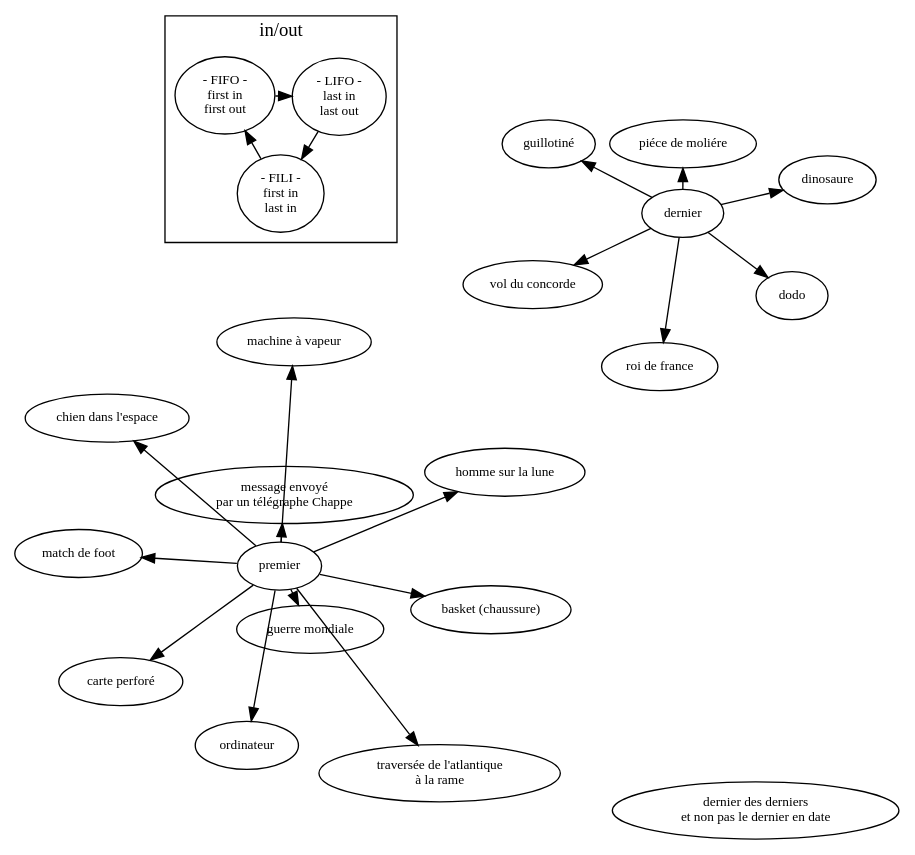
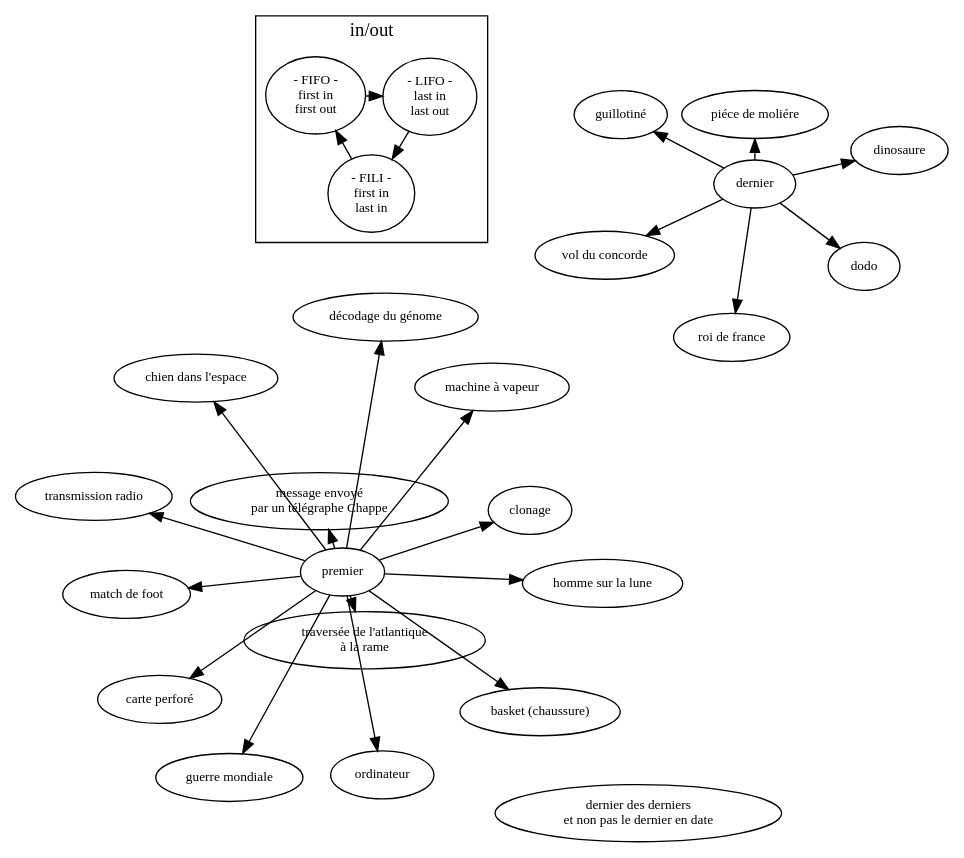
Before and after one commit to ensad-nancy/first-last: the diagram in sujet.dot, drawn with Graphviz.

Commit message:
+	first -> "transmission radio" +	first -> "clonage" +	first -> "décodage du génome"

```diff
--- a/sujet.dot
+++ b/sujet.dot
@@ -1,48 +1,51 @@
 digraph {
 
 	layout= "fdp"
 	
 
 	fontname="myriadpro"
 	fontsize = 14
 	rankdir="LR"
 	
 	
 	node [fontname="myriadpro", fontsize = 10]
 	edge [fontname="monaco", fontsize = 9]
 	
 	first [label="premier"]
 	last [label="dernier"]
 	
 	"dernier des derniers\n et non pas le dernier en date" 
 
 	first -> "homme sur la lune"
 	first -> "ordinateur"
 	first -> "chien dans l'espace"
 	first -> "machine à vapeur"
 	first -> "message envoyé\npar un télégraphe Chappe"
 	first -> "carte perforé"
 	first -> "basket (chaussure)"
 	first -> "match de foot"
 	first -> "traversée de l'atlantique\nà la rame"
 	first -> "guerre mondiale"
+	first -> "transmission radio"
+	first -> "clonage"
+	first -> "décodage du génome"
 	
 	last -> dodo
 	last -> "roi de france"
 	last -> "guillotiné"
 	last -> "dinosaure"
 	last -> "piéce de moliére"
 	last -> "vol du concorde"
 
 	subgraph cluster_FO{
 	
 		label="in/out"
 		
 		FIFO [label="- FIFO -\nfirst in\nfirst out"]
 		LIFO [label="- LIFO -\nlast in\nlast out"]
 		FILI [label="- FILI -\nfirst in\n last in"]
 
 		FILI -> FIFO -> LIFO -> FILI
 	}
 	
 }
```
